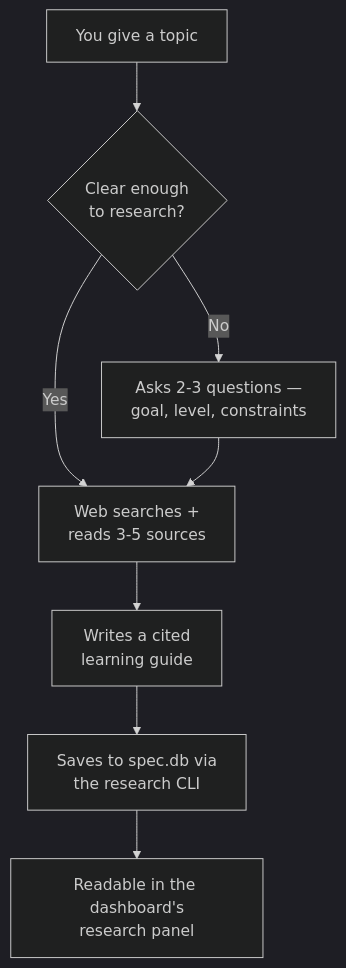
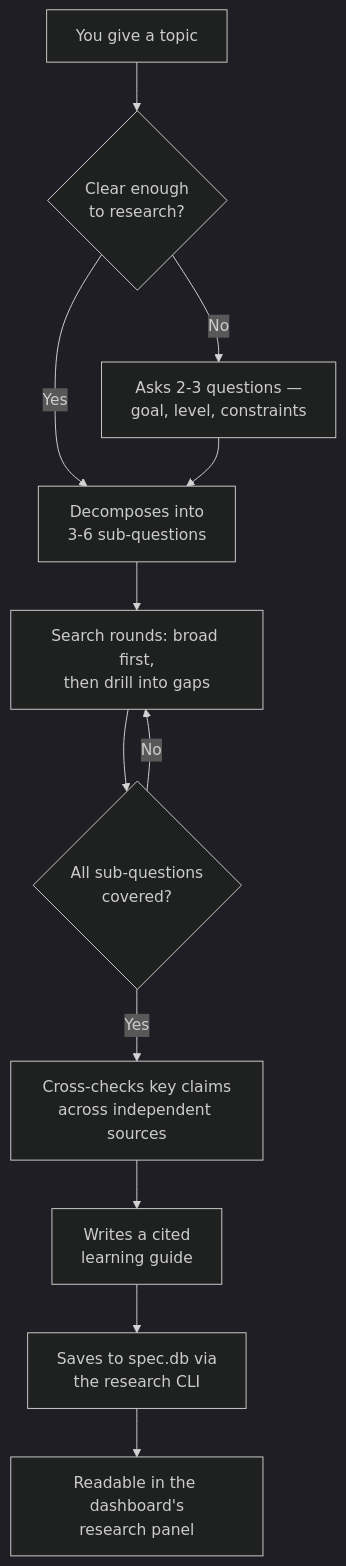
Before and after one commit to RyoKusnadi/rig-bench: the fifth of 5 diagrams in README.md, drawn with Mermaid (dark theme). The commit also changed other lines of this file and 1 other file, not shown here.

Commit message:
feat: upgrade /research from single-pass summary to an iterative research loop
Grounded in how deep-research systems and fact-checkers actually work
(Anthropic's multi-agent research writeup, the deep-research-agents survey,
SIFT/lateral reading): decompose the topic into sub-questions before
searching, search in rounds that drill into coverage gaps, pick sources by
authority rather than search rank, require two independent sources for
load-bearing claims, and surface source disagreements in the report instead
of silently resolving them.

````diff
--- a/README.md
+++ b/README.md
@@ -131,10 +135,14 @@
 ```mermaid
 flowchart TD
     A[You give a topic] --> B{Clear enough<br/>to research?}
     B -->|No| C[Asks 2-3 questions —<br/>goal, level, constraints]
-    B -->|Yes| D[Web searches +<br/>reads 3-5 sources]
+    B -->|Yes| D[Decomposes into<br/>3-6 sub-questions]
     C --> D
-    D --> E[Writes a cited<br/>learning guide]
-    E --> F[Saves to spec.db via<br/>the research CLI]
-    F --> G[Readable in the dashboard's<br/>research panel]
+    D --> E[Search rounds: broad first,<br/>then drill into gaps]
+    E --> F{All sub-questions<br/>covered?}
+    F -->|No| E
+    F -->|Yes| G[Cross-checks key claims<br/>across independent sources]
+    G --> H[Writes a cited<br/>learning guide]
+    H --> I[Saves to spec.db via<br/>the research CLI]
+    I --> J[Readable in the dashboard's<br/>research panel]
 ```
````
